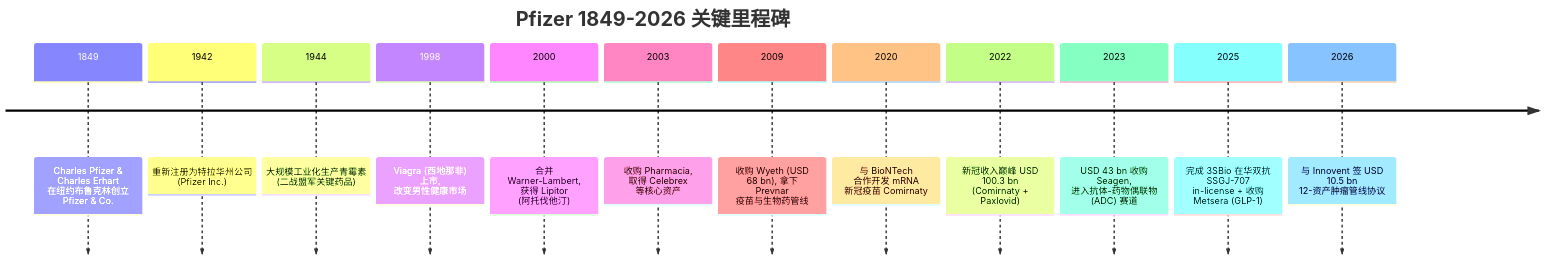
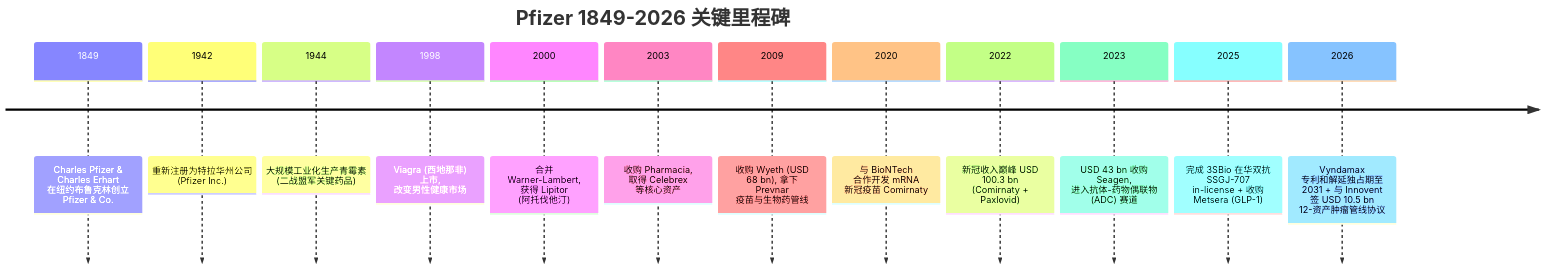
Before and after one commit to dadachundan/financial_agent: the first of 4 diagrams in reports/company/Pfizer_NYSE_PFE/Pfizer_NYSE_PFE_公司研究.md, drawn with Mermaid. The commit also changed other lines of this file and 9 other files, not shown here.

First line of the commit message:
feat(company-research): refresh Pfizer (PFE) to current spec — decision layer + inline-SVG chart suite

````diff
--- a/reports/company/Pfizer_NYSE_PFE/Pfizer_NYSE_PFE_公司研究.md
+++ b/reports/company/Pfizer_NYSE_PFE/Pfizer_NYSE_PFE_公司研究.md
@@ -51,16 +385,16 @@
 ```mermaid
 timeline
     title Pfizer 1849-2026 关键里程碑
     1849 : Charles Pfizer & Charles Erhart 在纽约布鲁克林创立 Pfizer & Co.
     1942 : 重新注册为特拉华州公司 (Pfizer Inc.)
     1944 : 大规模工业化生产青霉素 (二战盟军关键药品)
     1998 : Viagra (西地那非) 上市, 改变男性健康市场
     2000 : 合并 Warner-Lambert, 获得 Lipitor (阿托伐他汀)
     2003 : 收购 Pharmacia, 取得 Celebrex 等核心资产
     2009 : 收购 Wyeth (USD 68 bn), 拿下 Prevnar 疫苗与生物药管线
     2020 : 与 BioNTech 合作开发 mRNA 新冠疫苗 Comirnaty
     2022 : 新冠收入巅峰 USD 100.3 bn (Comirnaty + Paxlovid)
     2023 : USD 43 bn 收购 Seagen, 进入抗体-药物偶联物 (ADC) 赛道
     2025 : 完成 3SBio 在华双抗 SSGJ-707 in-license + 收购 Metsera (GLP-1)
-    2026 : 与 Innovent 签 USD 10.5 bn 12-资产肿瘤管线协议
+    2026 : Vyndamax 专利和解延独占期至 2031 + 与 Innovent 签 USD 10.5 bn 12-资产肿瘤管线协议
 ```
````
